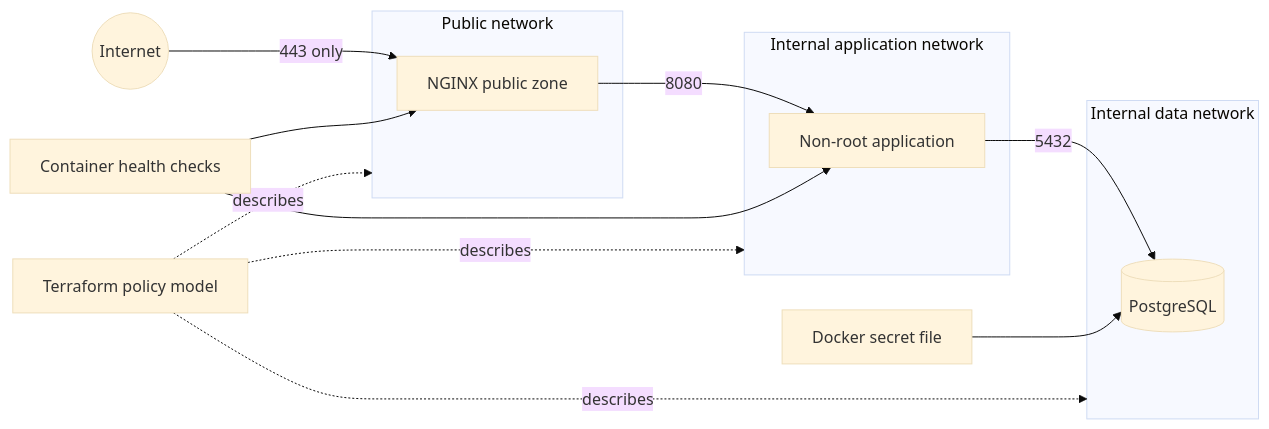
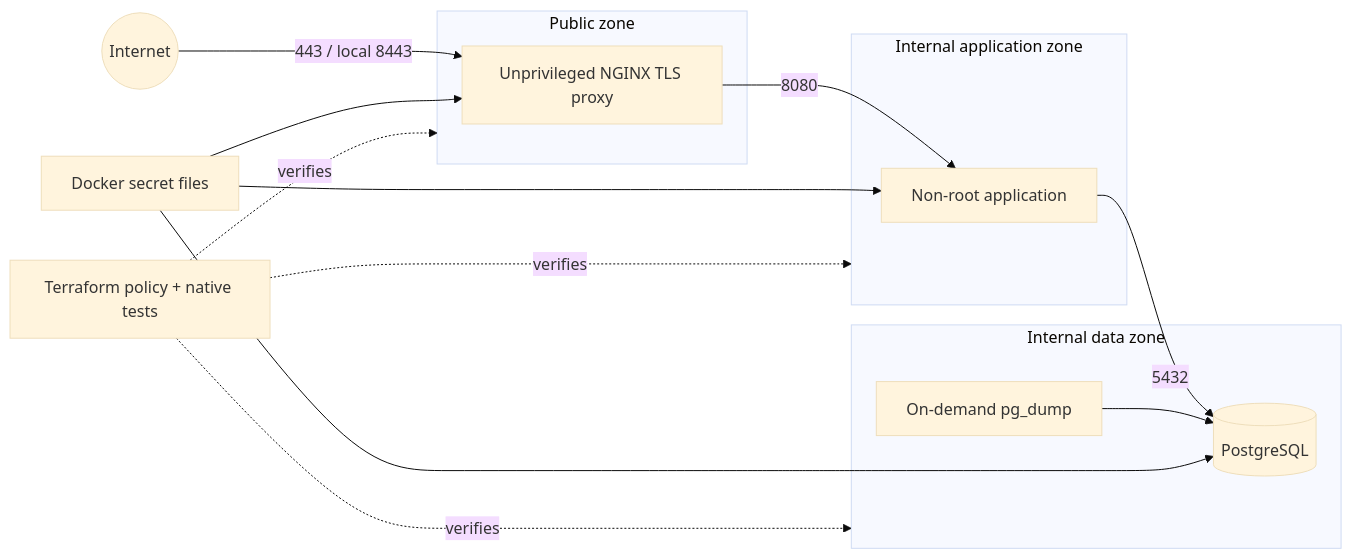
Before and after one commit to munashekwarai/cloudforge-reference-architecture: the diagram in README.md, drawn with Mermaid (base theme). The commit also changed other lines of this file and 32 other files, not shown here.

````diff
--- a/README.md
+++ b/README.md
@@ -21,21 +29,23 @@
 ```mermaid
 flowchart LR
-  Internet((Internet)) -->|443 only| Proxy[NGINX public zone]
-  subgraph Public[Public network]
-    Proxy
-  end
-  Proxy -->|8080| App[Non-root application]
-  subgraph Application[Internal application network]
-    App
-  end
-  App -->|5432| DB[(PostgreSQL)]
-  subgraph Data[Internal data network]
-    DB
-  end
-  Secret[Docker secret file] --> DB
-  Health[Container health checks] --> Proxy
-  Health --> App
-  Terraform[Terraform policy model] -. describes .-> Public
-  Terraform -. describes .-> Application
-  Terraform -. describes .-> Data
+ Internet((Internet)) -->|443 / local 8443| Proxy[Unprivileged NGINX TLS proxy]
+ subgraph Public[Public zone]
+  Proxy
+ end
+ Proxy -->|8080| App[Non-root application]
+ subgraph Application[Internal application zone]
+  App
+ end
+ App -->|5432| DB[(PostgreSQL)]
+ Backup[On-demand pg_dump] --> DB
+ subgraph Data[Internal data zone]
+  DB
+  Backup
+ end
+ Secrets[Docker secret files] --> Proxy
+ Secrets --> App
+ Secrets --> DB
+ Terraform[Terraform policy + native tests] -. verifies .-> Public
+ Terraform -. verifies .-> Application
+ Terraform -. verifies .-> Data
 ```
````
